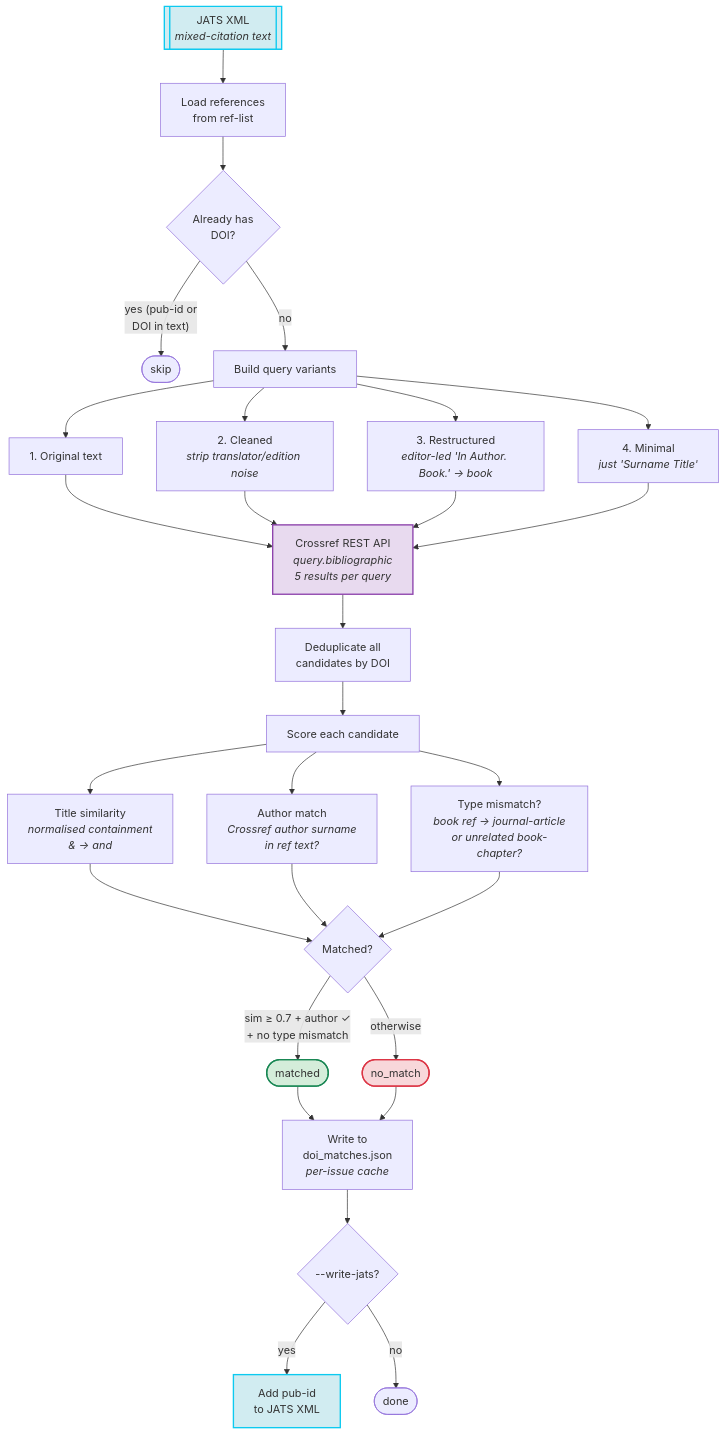
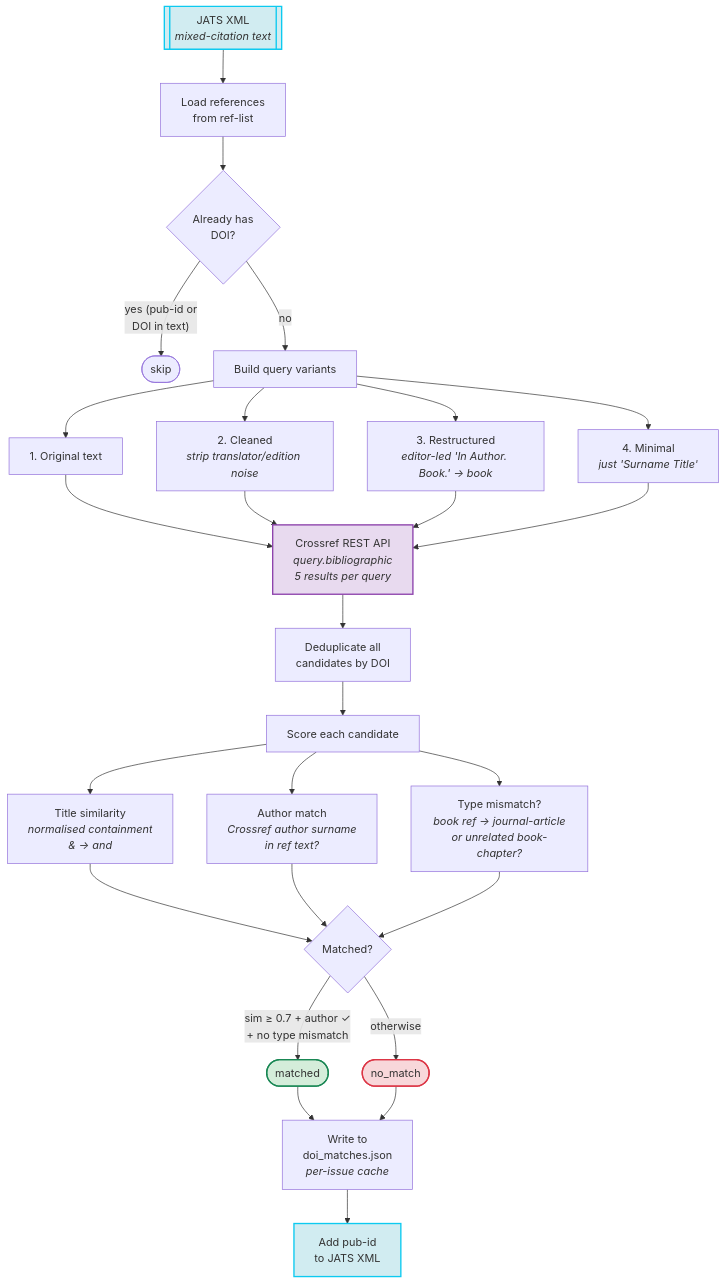
The first of 2 diagrams in docs/crossref-reference-linking.md (Pharkie/pharkie-ojs-plugins), drawn with Mermaid before and after one commit. The commit also changed other lines of this file and 2 other files, not shown here.

First line of the commit message:
Write DOIs to JATS by default, lower score floor for exact title matches

````diff
--- a/docs/crossref-reference-linking.md
+++ b/docs/crossref-reference-linking.md
@@ -13,37 +13,35 @@
 ```mermaid
 flowchart TD
     jats[[JATS XML\n<i>mixed-citation text</i>]] --> load["Load references\nfrom ref-list"]
     load --> skip{Already has\nDOI?}
     skip -- "yes (pub-id or\nDOI in text)" --> done_skip([skip])
     skip -- no --> queries["Build query variants"]
 
     queries --> q1["1. Original text"]
     queries --> q2["2. Cleaned\n<i>strip translator/edition noise</i>"]
     queries --> q3["3. Restructured\n<i>editor-led 'In Author. Book.' → book</i>"]
     queries --> q4["4. Minimal\n<i>just 'Surname Title'</i>"]
 
     q1 & q2 & q3 & q4 --> api["Crossref REST API\n<i>query.bibliographic</i>\n<i>5 results per query</i>"]
     api --> candidates["Deduplicate all\ncandidates by DOI"]
 
     candidates --> score["Score each candidate"]
     score --> sig1["Title similarity\n<i>normalised containment\n& → and</i>"]
     score --> sig2["Author match\n<i>Crossref author surname\nin ref text?</i>"]
     score --> sig3["Type mismatch?\n<i>book ref → journal-article\nor unrelated book-chapter?</i>"]
 
     sig1 & sig2 & sig3 --> decide{Matched?}
     decide -- "sim ≥ 0.7 + author ✓\n+ no type mismatch" --> matched([matched])
     decide -- otherwise --> no_match([no_match])
 
     matched --> cache["Write to\ndoi_matches.json\n<i>per-issue cache</i>"]
     no_match --> cache
 
-    cache --> write{--write-jats?}
-    write -- yes --> jats_out["Add pub-id\nto JATS XML"]
-    write -- no --> done([done])
+    cache --> jats_out["Add pub-id\nto JATS XML"]
 
     style jats fill:#d1ecf1,stroke:#0dcaf0,stroke-width:2px
     style api fill:#e8daef,stroke:#8e44ad,stroke-width:2px
     style matched fill:#d4edda,stroke:#198754,stroke-width:2px
     style no_match fill:#f8d7da,stroke:#dc3545,stroke-width:2px
     style jats_out fill:#d1ecf1,stroke:#0dcaf0,stroke-width:2px
 ```
````
